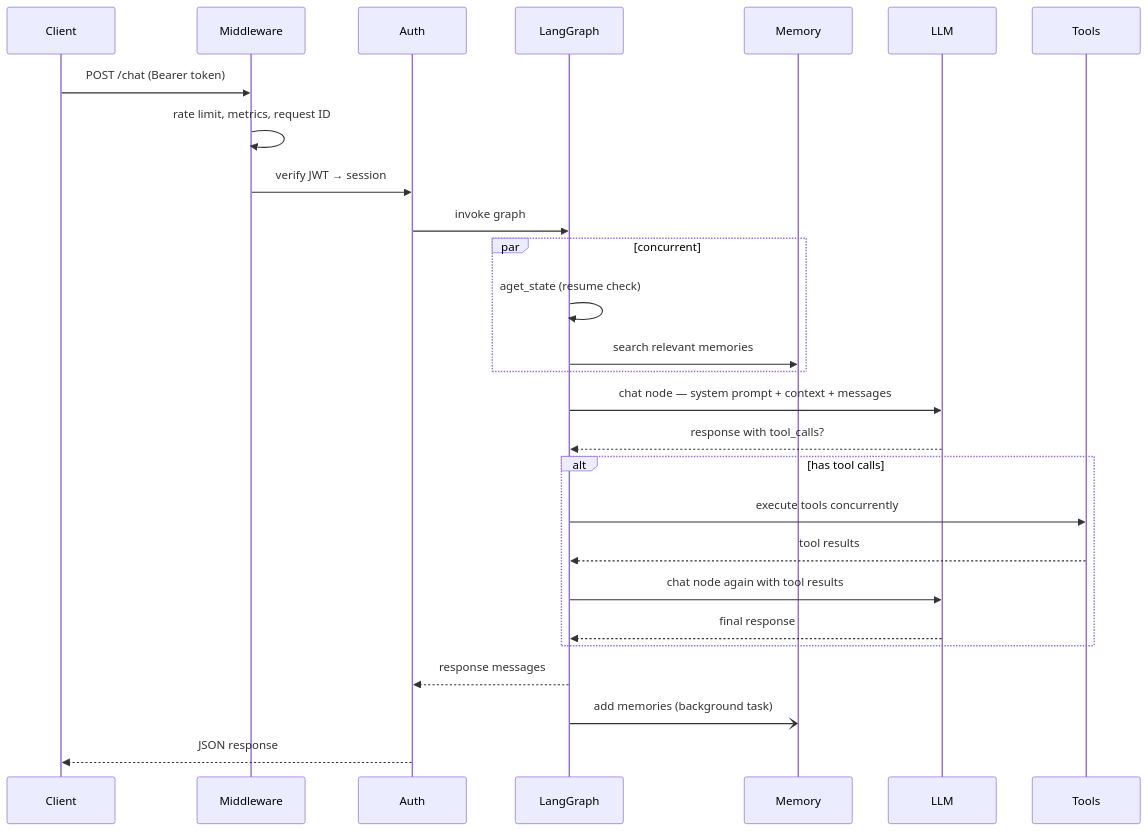
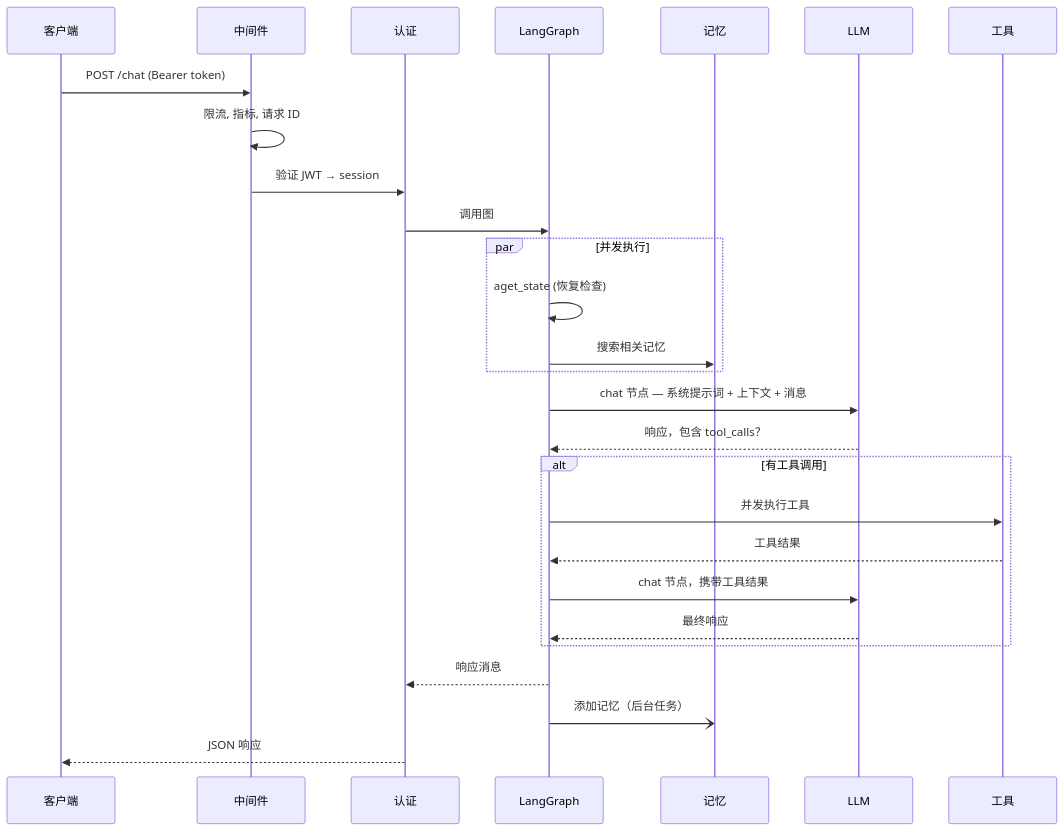
Before and after one commit to C-jcbest/landslide-monitoring-agent: the second of 3 diagrams in docs/architecture.md, drawn with Mermaid. The commit also changed other lines of this file and 25 other files, not shown here.

````diff
--- a/docs/architecture.md
+++ b/docs/architecture.md
@@ -51,34 +53,34 @@
 ```mermaid
 sequenceDiagram
-    participant C as Client
-    participant MW as Middleware
-    participant A as Auth
+    participant C as 客户端
+    participant MW as 中间件
+    participant A as 认证
     participant G as LangGraph
-    participant Mem as Memory
+    participant Mem as 记忆
     participant L as LLM
-    participant T as Tools
+    participant T as 工具
 
     C->>MW: POST /chat (Bearer token)
-    MW->>MW: rate limit, metrics, request ID
-    MW->>A: verify JWT → session
-    A->>G: invoke graph
+    MW->>MW: 限流, 指标, 请求 ID
+    MW->>A: 验证 JWT → session
+    A->>G: 调用图
 
-    par concurrent
-        G->>G: aget_state (resume check)
-        G->>Mem: search relevant memories
+    par 并发执行
+        G->>G: aget_state (恢复检查)
+        G->>Mem: 搜索相关记忆
     end
 
-    G->>L: chat node — system prompt + context + messages
-    L-->>G: response with tool_calls?
+    G->>L: chat 节点 — 系统提示词 + 上下文 + 消息
+    L-->>G: 响应，包含 tool_calls？
 
-    alt has tool calls
-        G->>T: execute tools concurrently
-        T-->>G: tool results
-        G->>L: chat node again with tool results
-        L-->>G: final response
+    alt 有工具调用
+        G->>T: 并发执行工具
+        T-->>G: 工具结果
+        G->>L: chat 节点，携带工具结果
+        L-->>G: 最终响应
     end
 
-    G-->>A: response messages
-    G-)Mem: add memories (background task)
-    A-->>C: JSON response
+    G-->>A: 响应消息
+    G-)Mem: 添加记忆（后台任务）
+    A-->>C: JSON 响应
 ```
````
